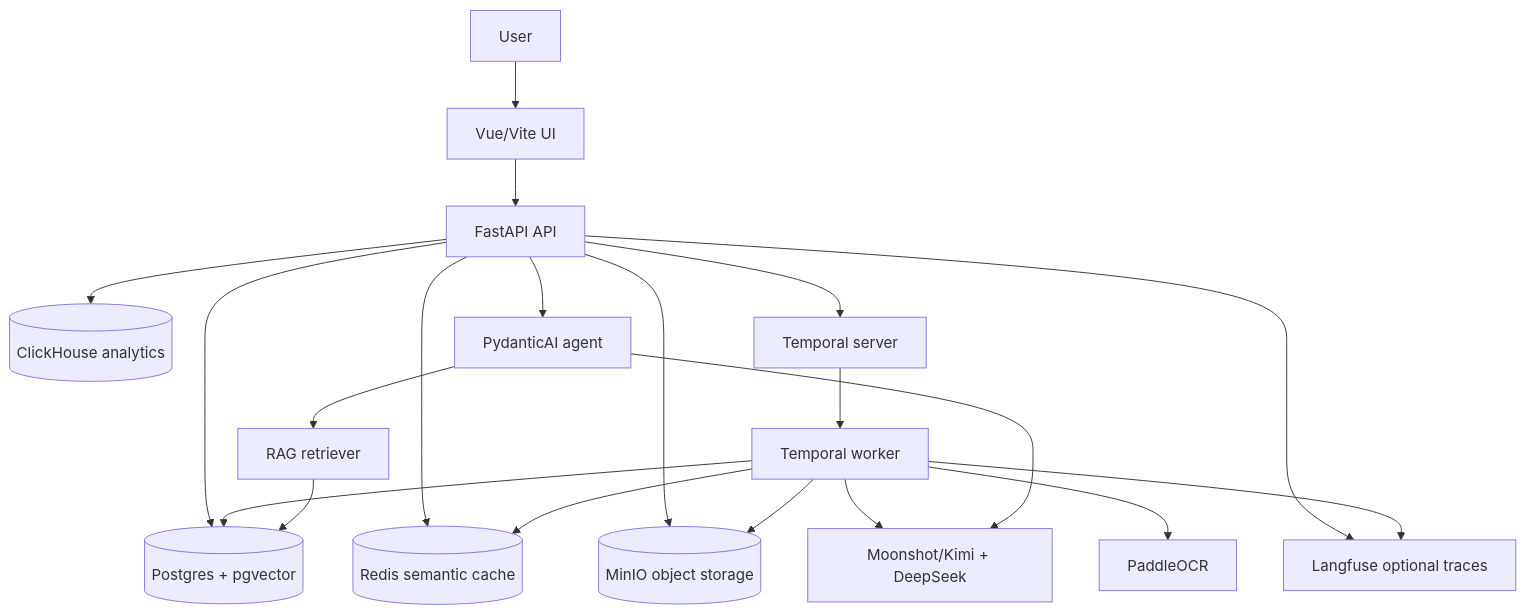
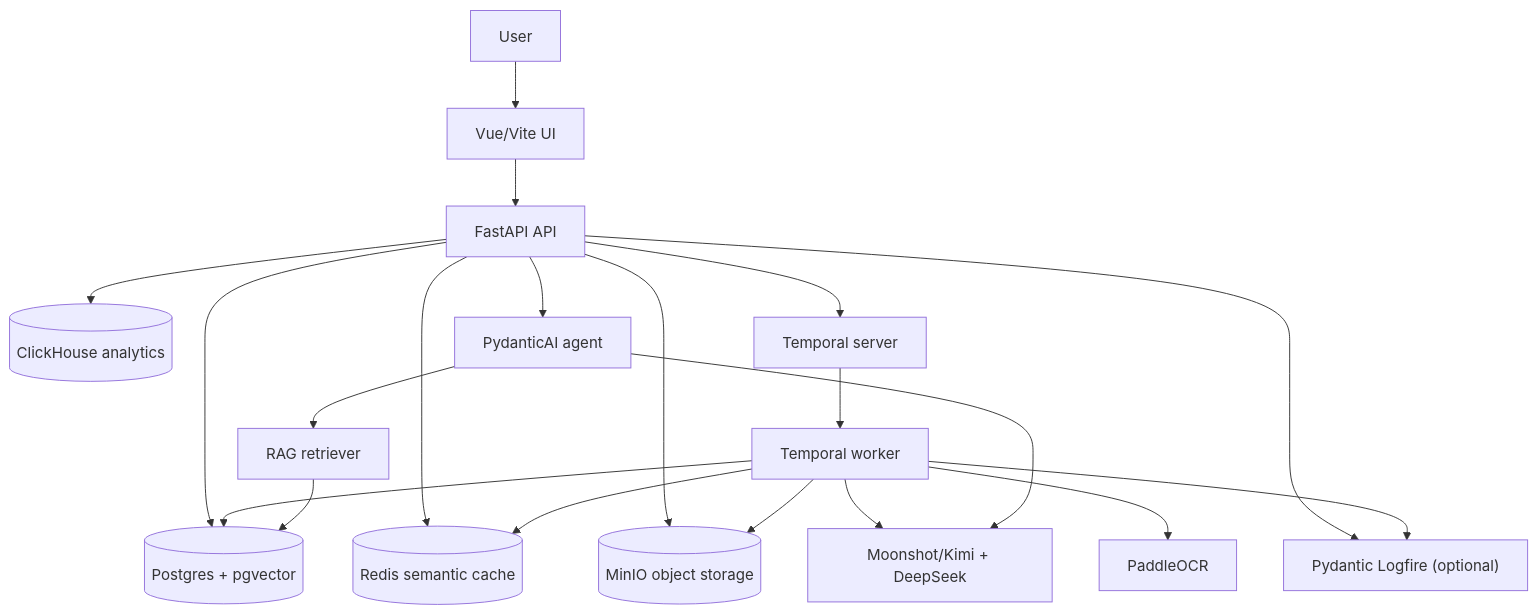
Before and after one commit to Modern-Messiah/AI-AGENT-PLATFORM-: the first of 3 diagrams in README.md, drawn with Mermaid. The commit also changed other lines of this file and 22 other files, not shown here.

````diff
--- a/README.md
+++ b/README.md
@@ -56,25 +56,25 @@
 ```mermaid
 graph TD
     User["User"] --> UI["Vue/Vite UI"]
     UI --> API["FastAPI API"]
 
     API --> PG[("Postgres + pgvector")]
     API --> Redis[("Redis semantic cache")]
     API --> CH[("ClickHouse analytics")]
     API --> MinIO[("MinIO object storage")]
     API --> Temporal["Temporal server"]
 
     Temporal --> Worker["Temporal worker"]
     Worker --> MinIO
     Worker --> PG
     Worker --> Redis
     Worker --> LLM["Moonshot/Kimi + DeepSeek"]
     Worker --> OCR["PaddleOCR"]
 
     API --> Agent["PydanticAI agent"]
     Agent --> Retriever["RAG retriever"]
     Retriever --> PG
     Agent --> LLM
-    API --> Langfuse["Langfuse optional traces"]
-    Worker --> Langfuse
+    API --> LF["Pydantic Logfire (optional)"]
+    Worker --> LF
 ```
````
